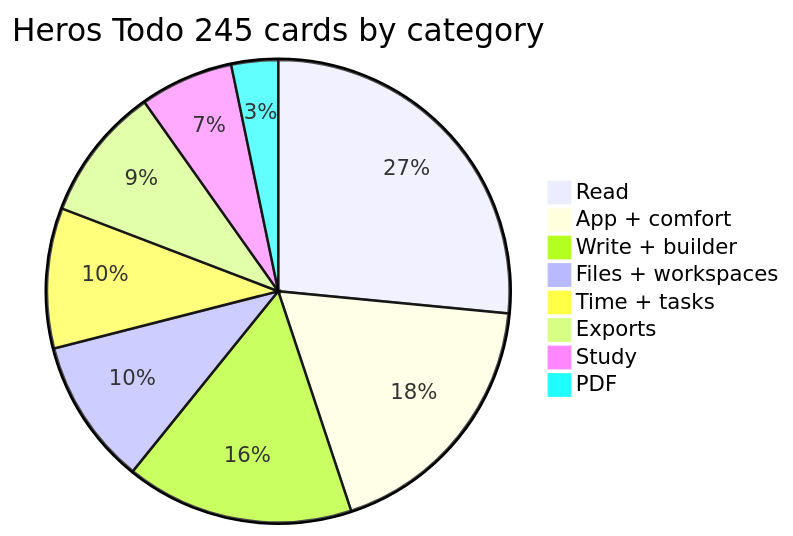
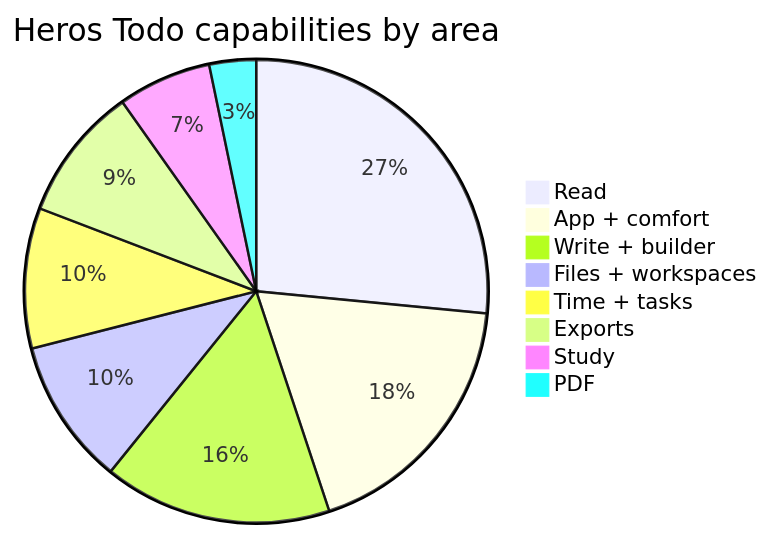
Diagram 26 of 26 in README.md (Ahmedbakr78/Heros_Todo), drawn with Mermaid before and after one commit. The commit also changed other lines of this file and 5 other files, not shown here.

````diff
--- a/README.md
+++ b/README.md
@@ -1086,11 +1086,11 @@
 ```mermaid
-pie title Heros Todo 245 cards by category
+pie title Heros Todo capabilities by area
     "Read" : 65
     "App + comfort" : 45
     "Write + builder" : 39
     "Files + workspaces" : 25
     "Time + tasks" : 24
     "Exports" : 23
     "Study" : 16
     "PDF" : 8
 ```
````
